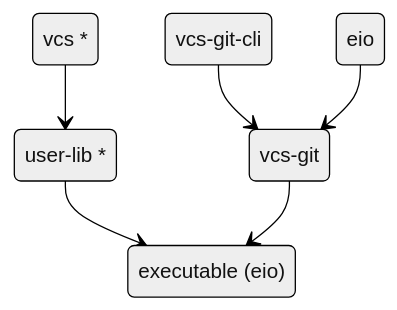
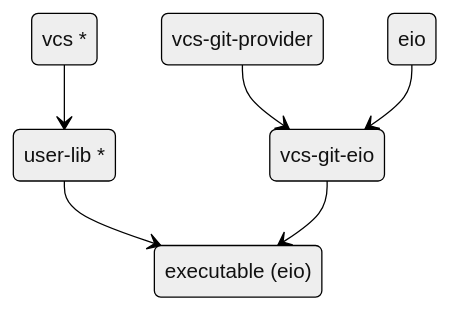
The first of 3 diagrams in doc/docs/design/introduction.md (mbarbin/vcs), drawn with Mermaid (neutral theme) before and after one commit. The commit also changed other lines of this file and 63 other files, not shown here.

Commit message:
Rename vcs-git-cli => vcs-git-provider

````diff
--- a/doc/docs/design/introduction.md
+++ b/doc/docs/design/introduction.md
@@ -15,14 +15,14 @@
 ```mermaid
 stateDiagram-v2
   vcs : vcs *
   user : user-lib *
-  vcs_git_cli : vcs-git-cli
+  vcs_git_provider : vcs-git-provider
   executable : executable (eio)
-  provider : vcs-git
+  provider : vcs-git-eio
   runtime : eio
   vcs --> user
   user --> executable
-  vcs_git_cli --> provider
+  vcs_git_provider --> provider
   runtime --> provider
   provider --> executable
 ```
````
